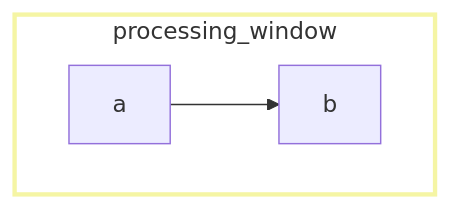
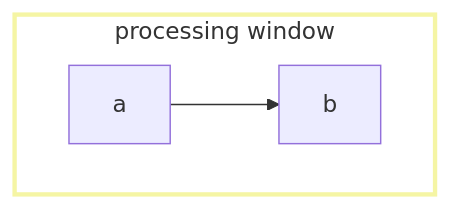
The sixth of 7 diagrams in doc/Design.md (SASlabgroup/microSWIFT), drawn with Mermaid before and after one commit. The commit also changed other lines of this file, not shown here.

````diff
--- a/doc/Design.md
+++ b/doc/Design.md
@@ -181,12 +181,12 @@
 ```mermaid
 flowchart LR
-    subgraph processing_window
+    subgraph processing_window["processing window"]
     direction LR
     a-->b
 
     end
 
     classDef yellow fill:#FFFFFF,stroke:#f5f5a4,stroke-width:3px
     class processing_window yellow
 
 ```
````
